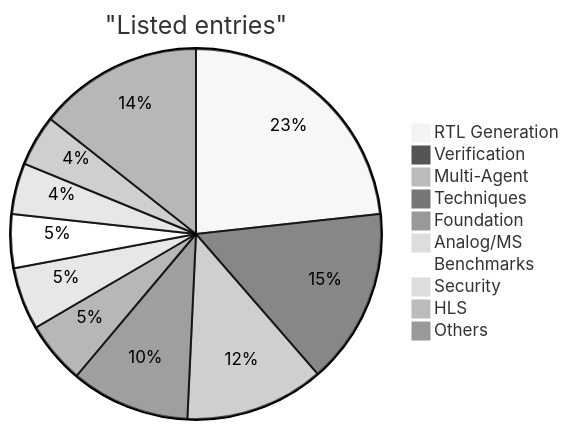
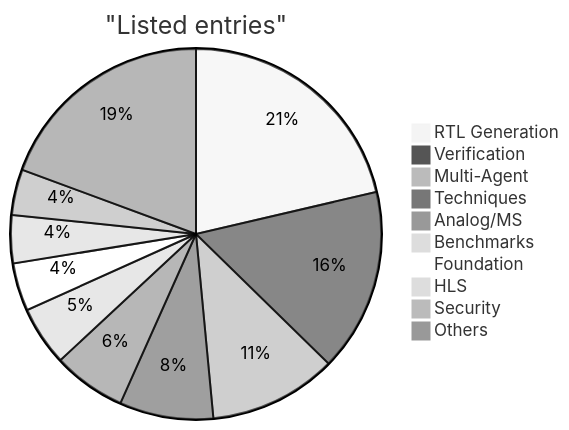
Before and after one commit to chateda-ichip/Awesome-AI-for-Chip-Design: the second of 2 diagrams in README.md, drawn with Mermaid (neutral theme). The commit also changed other lines of this file, not shown here.

````diff
--- a/README.md
+++ b/README.md
@@ -29,13 +29,13 @@
 ```mermaid
 pie title "Listed entries"
-    "RTL Generation" : 94
-    "Verification" : 62
-    "Multi-Agent" : 49
-    "Techniques" : 42
-    "Foundation" : 22
-    "Analog/MS" : 22
-    "Benchmarks" : 19
-    "Security" : 18
-    "HLS" : 18
-    "Others" : 58
+    "RTL Generation" : 107
+    "Verification" : 80
+    "Multi-Agent" : 56
+    "Techniques" : 41
+    "Analog/MS" : 32
+    "Benchmarks" : 26
+    "Foundation" : 21
+    "HLS" : 21
+    "Security" : 20
+    "Others" : 97
 ```
````
